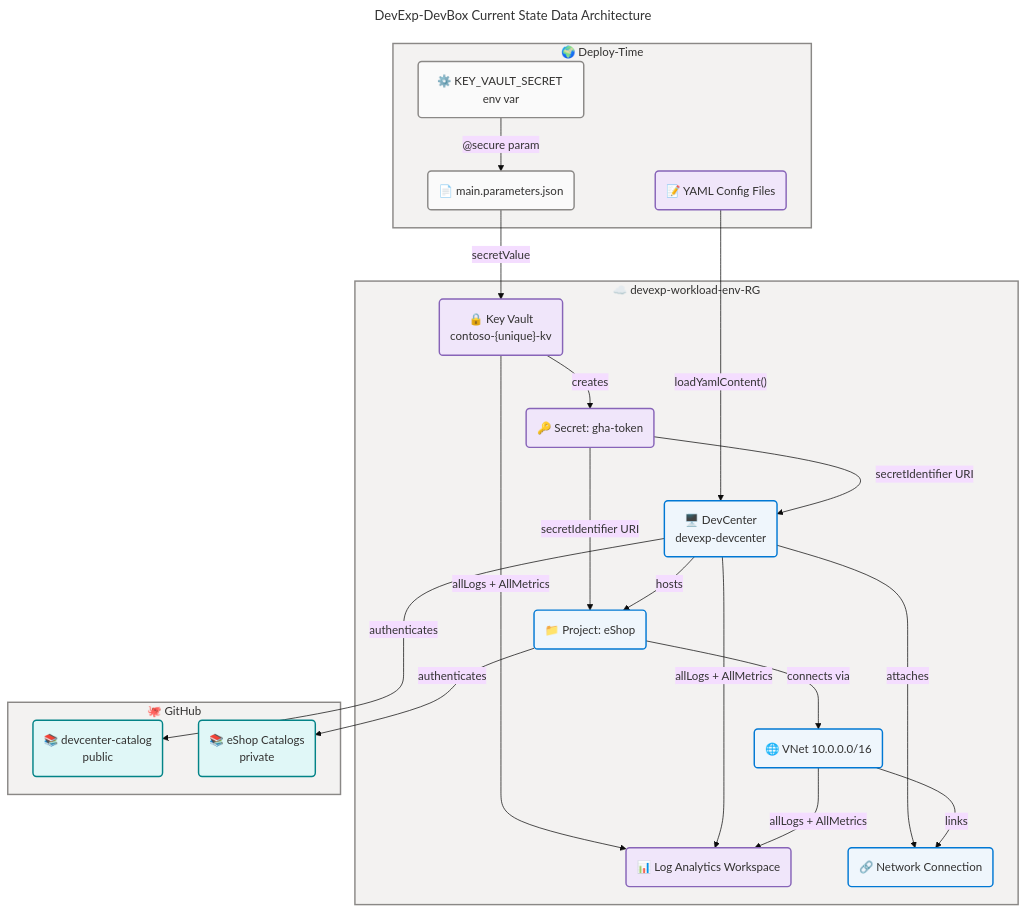
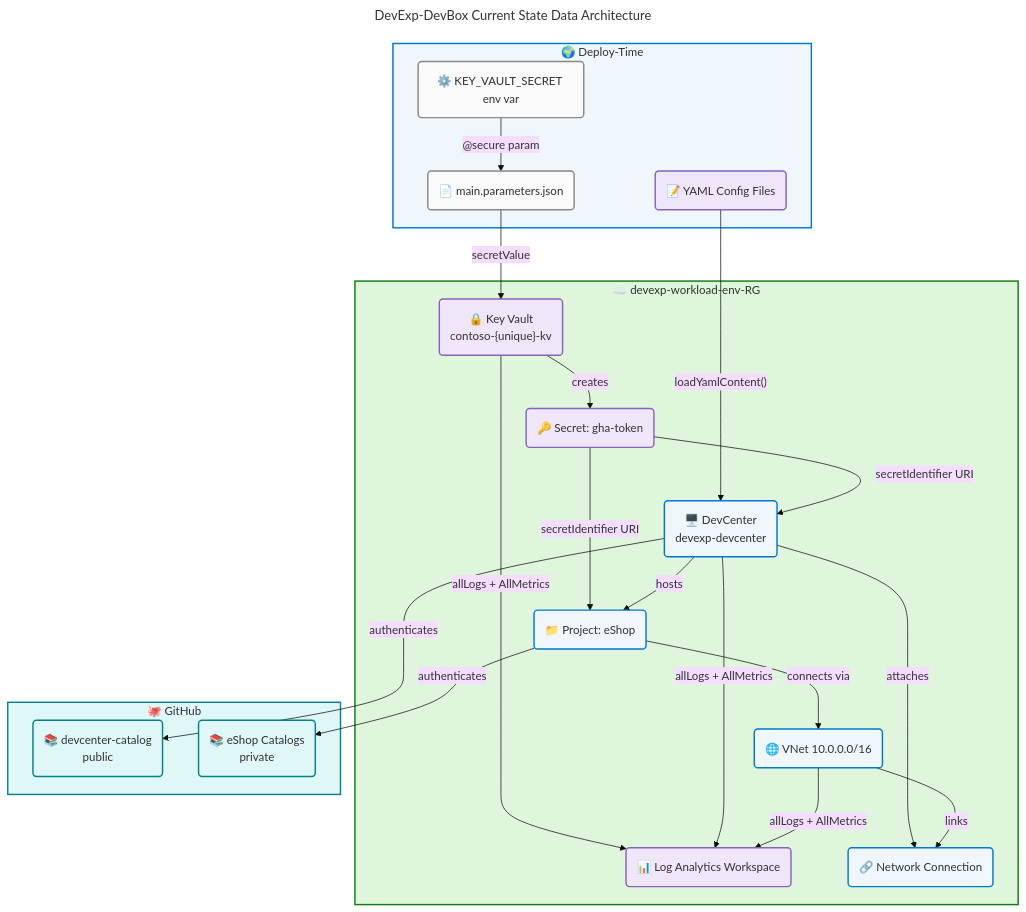
One commit to Evilazaro/DevExp-DevBox changed the second of 5 diagrams in docs/architecture/data-architecture.md. Above: the diagram before and after it, drawn with Mermaid. The commit also changed other lines of this file, not shown here.

Commit message:
refactor: Remove data quality scorecard and coverage summary for improved clarity in data architecture documentation

````diff
--- a/docs/architecture/data-architecture.md
+++ b/docs/architecture/data-architecture.md
@@ -443,75 +420,75 @@
 ```mermaid
 ---
 title: DevExp-DevBox Current State Data Architecture
 config:
   theme: base
   look: classic
   layout: dagre
   themeVariables:
     fontSize: '16px'
   flowchart:
     htmlLabels: true
 ---
 flowchart TB
     accTitle: DevExp-DevBox Current State Data Architecture
     accDescr: Shows current state data stores, flows, and dependencies in the Azure DevCenter developer platform infrastructure
 
     %% ═══════════════════════════════════════════════════════════════════════════
     %% AZURE / FLUENT ARCHITECTURE PATTERN v1.1
     %% (Semantic + Structural + Font + Accessibility Governance)
     %% ═══════════════════════════════════════════════════════════════════════════
     %% PHASE 1 - FLUENT UI: All styling uses approved Fluent UI palette only
     %% PHASE 2 - GROUPS: Every subgraph has semantic color via style directive
     %% PHASE 3 - COMPONENTS: Every node has semantic classDef + icon prefix
     %% PHASE 4 - ACCESSIBILITY: accTitle/accDescr present, WCAG AA contrast
     %% PHASE 5 - STANDARD: Governance block present, classDefs centralized
     %% ═══════════════════════════════════════════════════════════════════════════
 
     subgraph deployEnv["🌍 Deploy-Time"]
         envVar("⚙️ KEY_VAULT_SECRET env var"):::neutral
         yamlCfg("📝 YAML Config Files"):::data
         params("📄 main.parameters.json"):::neutral
     end
 
     subgraph azureRG["☁️ devexp-workload-env-RG"]
         kv("🔒 Key Vault<br>contoso-{unique}-kv"):::data
         secretKv("🔑 Secret: gha-token"):::data
         law("📊 Log Analytics Workspace"):::data
         dc("🖥️ DevCenter<br>devexp-devcenter"):::core
         proj("📁 Project: eShop"):::core
         vnet("🌐 VNet 10.0.0.0/16"):::core
         nc("🔗 Network Connection"):::core
     end
 
     subgraph github["🐙 GitHub"]
         dcCatalog("📚 devcenter-catalog<br>public"):::external
         eshopCatalog("📚 eShop Catalogs<br>private"):::external
     end
 
     envVar -->|"@secure param"| params
     params -->|"secretValue"| kv
     yamlCfg -->|"loadYamlContent()"| dc
     kv -->|"creates"| secretKv
     secretKv -->|"secretIdentifier URI"| dc
     secretKv -->|"secretIdentifier URI"| proj
     dc -->|"hosts"| proj
     dc -->|"attaches"| nc
     proj -->|"connects via"| vnet
     vnet -->|"links"| nc
     dc -->|"authenticates"| dcCatalog
     proj -->|"authenticates"| eshopCatalog
     kv -->|"allLogs + AllMetrics"| law
     dc -->|"allLogs + AllMetrics"| law
     vnet -->|"allLogs + AllMetrics"| law
 
     %% Centralized classDef declarations
     classDef core fill:#EFF6FC,stroke:#0078D4,stroke-width:2px,color:#323130
     classDef data fill:#F0E6FA,stroke:#8764B8,stroke-width:2px,color:#323130
     classDef external fill:#E0F7F7,stroke:#038387,stroke-width:2px,color:#323130
     classDef neutral fill:#FAFAFA,stroke:#8A8886,stroke-width:2px,color:#323130
 
-    %% Subgraph style directives
-    style deployEnv fill:#F3F2F1,stroke:#8A8886,stroke-width:2px,color:#323130
-    style azureRG fill:#F3F2F1,stroke:#8A8886,stroke-width:2px,color:#323130
-    style github fill:#F3F2F1,stroke:#8A8886,stroke-width:2px,color:#323130
+    %% Subgraph style directives (MRM-C001: functional siblings use distinct semantic colors)
+    style deployEnv fill:#EFF6FC,stroke:#0078D4,stroke-width:2px,color:#323130
+    style azureRG fill:#DFF6DD,stroke:#107C10,stroke-width:2px,color:#323130
+    style github fill:#E0F7F7,stroke:#038387,stroke-width:2px,color:#323130
 ```
````
